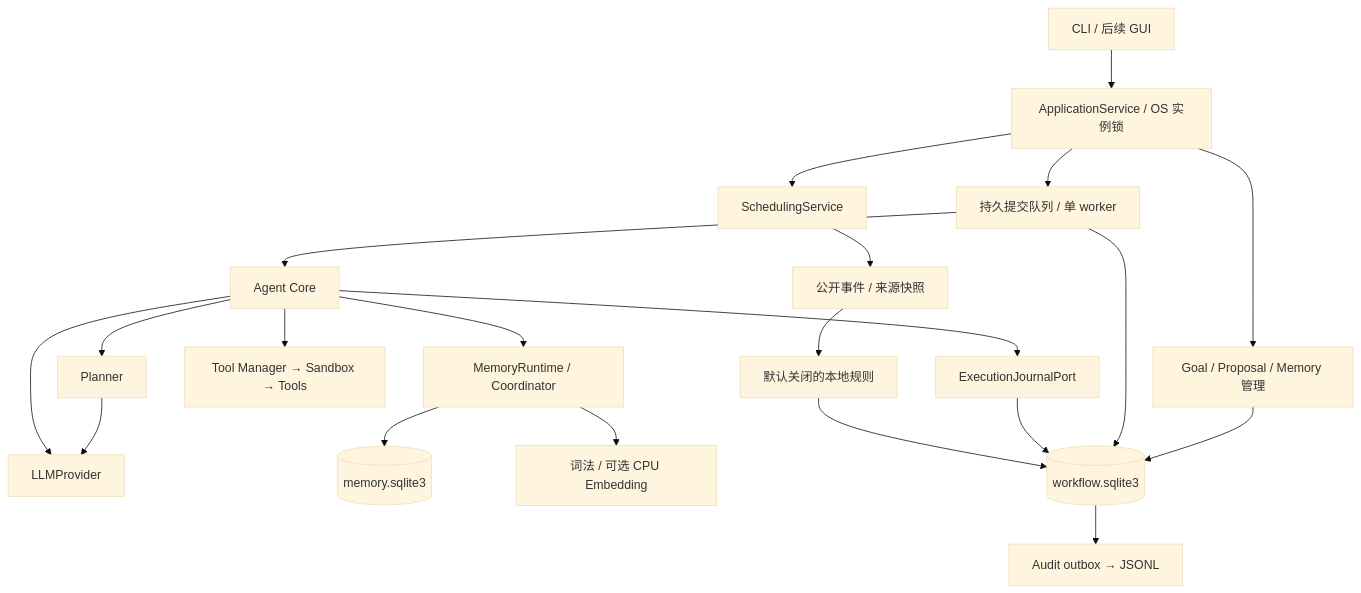
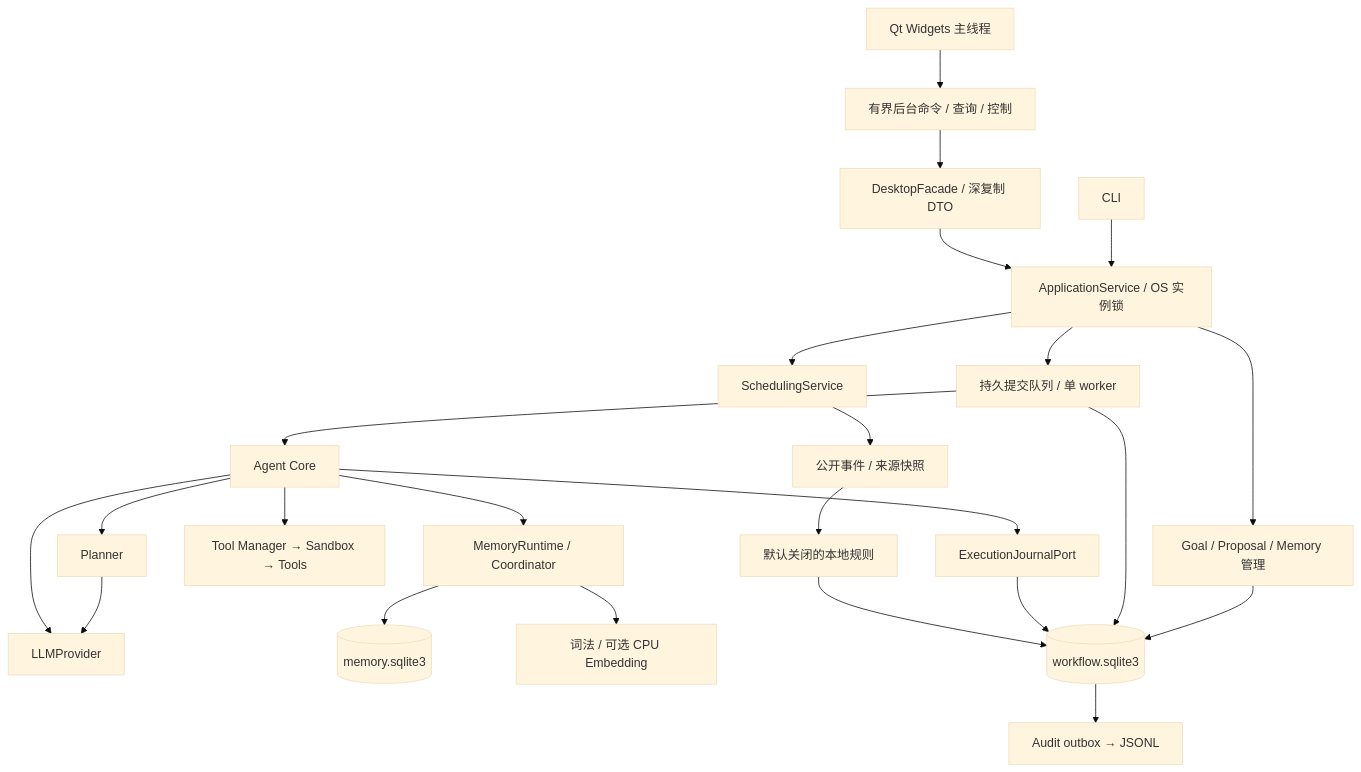
Before and after one commit to kbdui/kb_deskpal: the diagram in ARCHITECTURE.md, drawn with Mermaid (base theme). The commit also changed other lines of this file and 56 other files, not shown here.

````diff
--- a/ARCHITECTURE.md
+++ b/ARCHITECTURE.md
@@ -7,23 +9,26 @@
 ```mermaid
 flowchart TD
-  CLI[CLI / 后续 GUI] --> App[ApplicationService / OS 实例锁]
+  CLI[CLI] --> App[ApplicationService / OS 实例锁]
+  GUI[Qt Widgets 主线程] --> Bridge[有界后台命令 / 查询 / 控制]
+  Bridge --> Desktop[DesktopFacade / 深复制 DTO]
+  Desktop --> App
   App --> Commands[Goal / Proposal / Memory 管理]
   App --> Queue[持久提交队列 / 单 worker]
   Queue --> Core[Agent Core]
   Core --> Planner
   Planner --> LLM[LLMProvider]
   Core --> LLM
   Core --> Tools[Tool Manager → Sandbox → Tools]
   Core --> Memory[MemoryRuntime / Coordinator]
   Memory --> MemoryDB[(memory.sqlite3)]
   Memory --> Retriever[词法 / 可选 CPU Embedding]
   Commands --> Work[(workflow.sqlite3)]
   Queue --> Work
   Core --> Journal[ExecutionJournalPort]
   Journal --> Work
   App --> Scheduling[SchedulingService]
   Scheduling --> Events[公开事件 / 来源快照]
   Events --> Rules[默认关闭的本地规则]
   Rules --> Work
   Work --> Audit[Audit outbox → JSONL]
 ```
````
